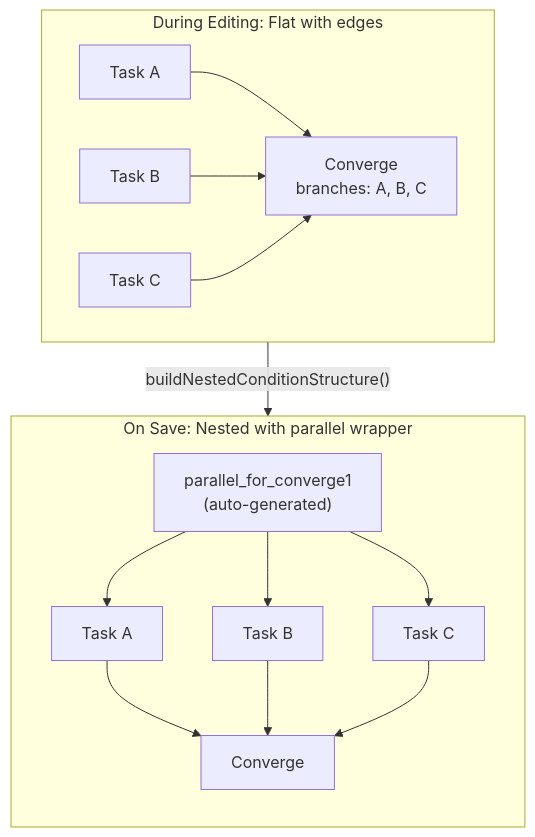
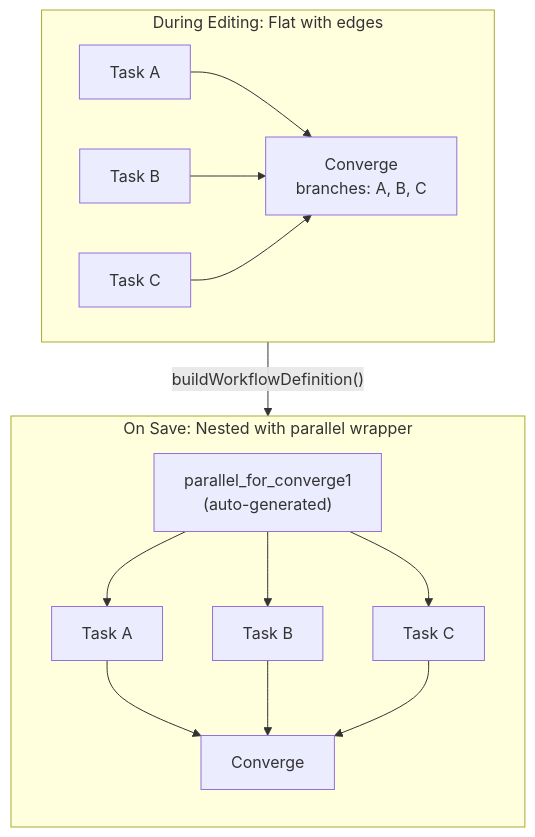
One commit to alinabuzachis/syntara changed diagram 13 of 18 in docs/architecture.md. Above: the diagram before and after it, drawn with Mermaid. The commit also changed other lines of this file and 6 other files, not shown here.

First line of the commit message:
chore(docs): update and simplify all docs for v2 workflow schema (#533)

````diff
--- a/docs/architecture.md
+++ b/docs/architecture.md
@@ -893,21 +844,21 @@
 ```mermaid
 flowchart TB
   subgraph Editing["During Editing: Flat with edges"]
     B1[Task A] --> BJ["Converge<br/>branches: A, B, C"]
     B2[Task B] --> BJ
     B3[Task C] --> BJ
   end
 
   subgraph API["On Save: Nested with parallel wrapper"]
     direction TB
     P["parallel_for_converge1<br/>(auto-generated)"]
     A1[Task A]
     A2[Task B]
     A3[Task C]
     AJ[Converge]
     P --> A1 & A2 & A3
     A1 & A2 & A3 --> AJ
   end
 
-  Editing -->|"buildNestedConditionStructure()"| API
+  Editing -->|"buildWorkflowDefinition()"| API
 ```
````
